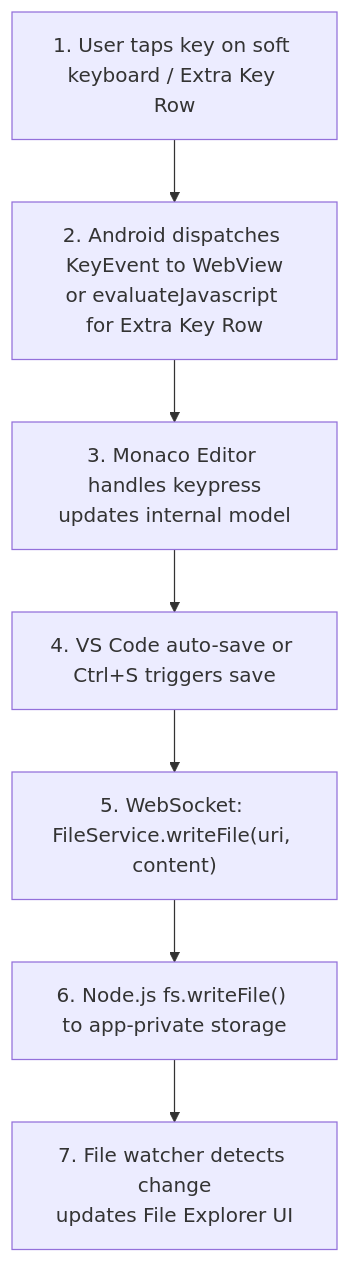
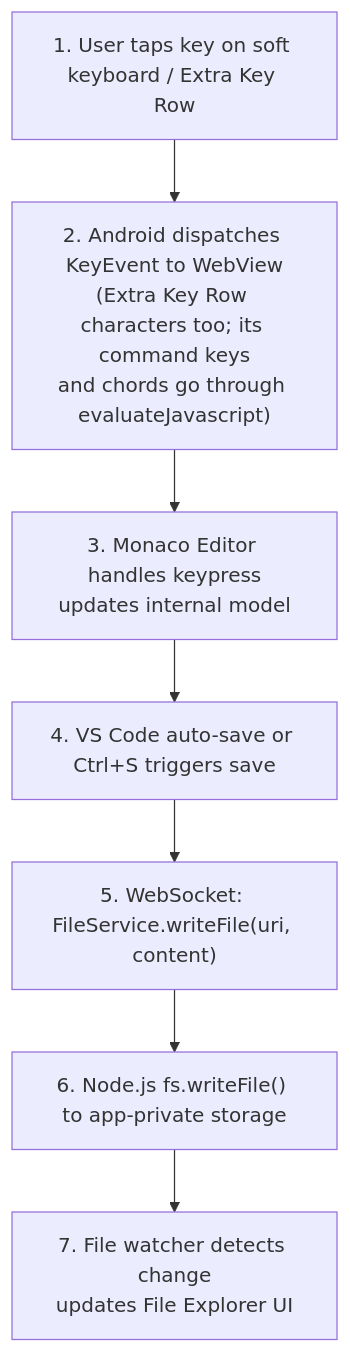
Before and after one commit to rmyndharis/VSCodroid: the eighth of 12 diagrams in docs/03-ARCHITECTURE.md, drawn with Mermaid. The commit also changed other lines of this file and 13 other files, not shown here.

````diff
--- a/docs/03-ARCHITECTURE.md
+++ b/docs/03-ARCHITECTURE.md
@@ -398,9 +398,9 @@
 ```mermaid
 flowchart TD
-  A["1. User taps key on soft keyboard / Extra Key Row"] --> B["2. Android dispatches KeyEvent to WebView<br/>or evaluateJavascript for Extra Key Row"]
+  A["1. User taps key on soft keyboard / Extra Key Row"] --> B["2. Android dispatches KeyEvent to WebView<br/>(Extra Key Row characters too; its command keys<br/>and chords go through evaluateJavascript)"]
   B --> C["3. Monaco Editor handles keypress<br/>updates internal model"]
   C --> D["4. VS Code auto-save or Ctrl+S triggers save"]
   D --> E["5. WebSocket: FileService.writeFile(uri, content)"]
   E --> F["6. Node.js fs.writeFile() to app-private storage"]
   F --> G["7. File watcher detects change<br/>updates File Explorer UI"]
 ```
````
